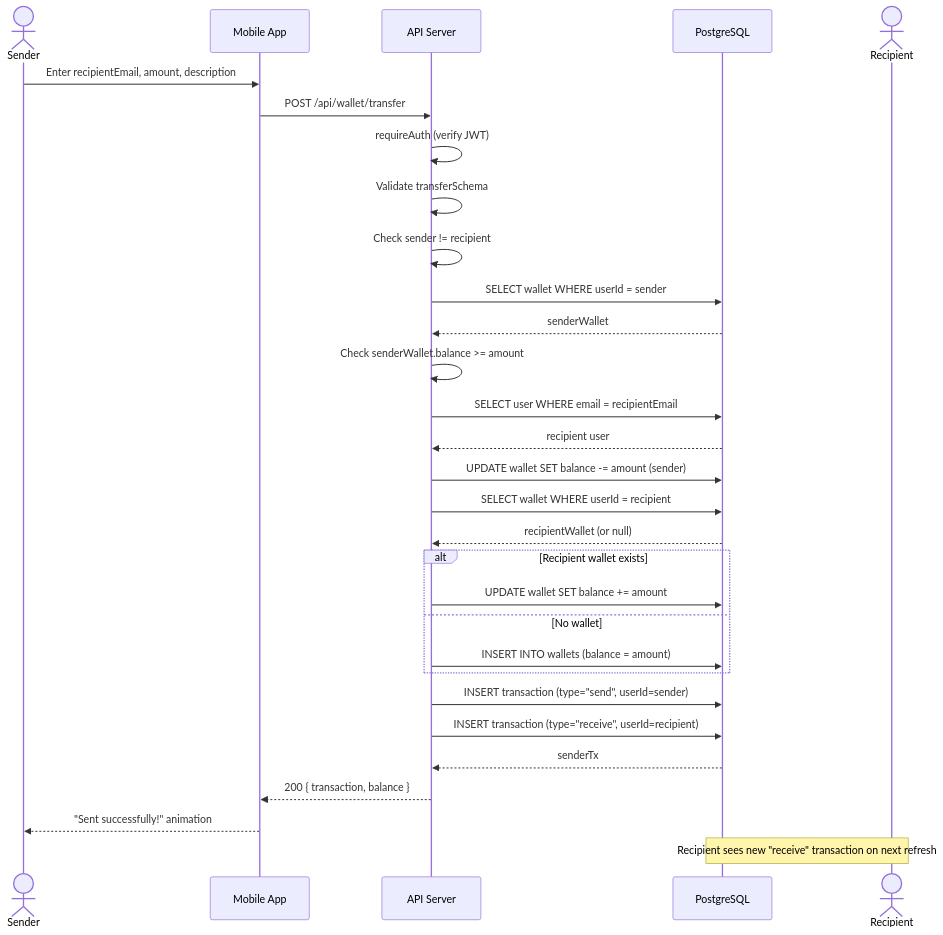
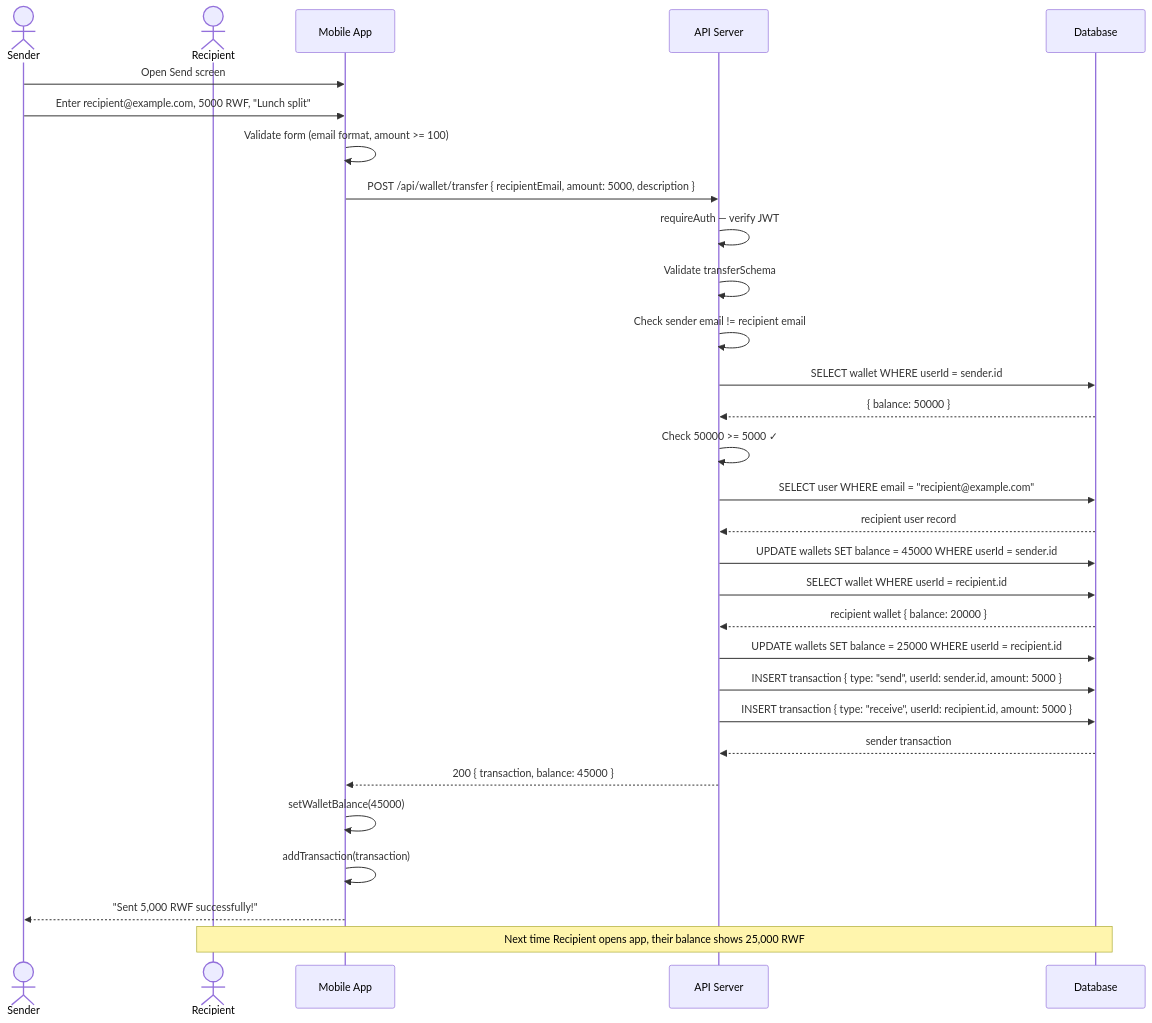
The sixth of 7 diagrams in docs/03-uml-diagrams.md (pac-cee/Rwanda_Pay), drawn with Mermaid before and after one commit. The commit also changed other lines of this file, not shown here.

Commit message:
uml improve

````diff
--- a/docs/03-uml-diagrams.md
+++ b/docs/03-uml-diagrams.md
@@ -233,33 +392,33 @@
 ```mermaid
 sequenceDiagram
     actor S as Sender
+    actor R as Recipient
     participant App as Mobile App
     participant API as API Server
-    participant DB as PostgreSQL
-    actor R as Recipient
+    participant DB as Database
 
-    S->>App: Enter recipientEmail, amount, description
-    App->>API: POST /api/wallet/transfer
-    API->>API: requireAuth (verify JWT)
+    S->>App: Open Send screen
+    S->>App: Enter recipient@example.com, 5000 RWF, "Lunch split"
+    App->>App: Validate form (email format, amount >= 100)
+    App->>API: POST /api/wallet/transfer { recipientEmail, amount: 5000, description }
+    API->>API: requireAuth — verify JWT
     API->>API: Validate transferSchema
-    API->>API: Check sender != recipient
-    API->>DB: SELECT wallet WHERE userId = sender
-    DB-->>API: senderWallet
-    API->>API: Check senderWallet.balance >= amount
-    API->>DB: SELECT user WHERE email = recipientEmail
-    DB-->>API: recipient user
-    API->>DB: UPDATE wallet SET balance -= amount (sender)
-    API->>DB: SELECT wallet WHERE userId = recipient
-    DB-->>API: recipientWallet (or null)
-    alt Recipient wallet exists
-        API->>DB: UPDATE wallet SET balance += amount
-    else No wallet
-        API->>DB: INSERT INTO wallets (balance = amount)
-    end
-    API->>DB: INSERT transaction (type="send", userId=sender)
-    API->>DB: INSERT transaction (type="receive", userId=recipient)
-    DB-->>API: senderTx
-    API-->>App: 200 { transaction, balance }
-    App-->>S: "Sent successfully!" animation
-    Note over DB,R: Recipient sees new "receive" transaction on next refresh
+    API->>API: Check sender email != recipient email
+    API->>DB: SELECT wallet WHERE userId = sender.id
+    DB-->>API: { balance: 50000 }
+    API->>API: Check 50000 >= 5000 ✓
+    API->>DB: SELECT user WHERE email = "recipient@example.com"
+    DB-->>API: recipient user record
+    API->>DB: UPDATE wallets SET balance = 45000 WHERE userId = sender.id
+    API->>DB: SELECT wallet WHERE userId = recipient.id
+    DB-->>API: recipient wallet { balance: 20000 }
+    API->>DB: UPDATE wallets SET balance = 25000 WHERE userId = recipient.id
+    API->>DB: INSERT transaction { type: "send", userId: sender.id, amount: 5000 }
+    API->>DB: INSERT transaction { type: "receive", userId: recipient.id, amount: 5000 }
+    DB-->>API: sender transaction
+    API-->>App: 200 { transaction, balance: 45000 }
+    App->>App: setWalletBalance(45000)
+    App->>App: addTransaction(transaction)
+    App-->>S: "Sent 5,000 RWF successfully!"
+    Note over DB,R: Next time Recipient opens app, their balance shows 25,000 RWF
 ```
````
